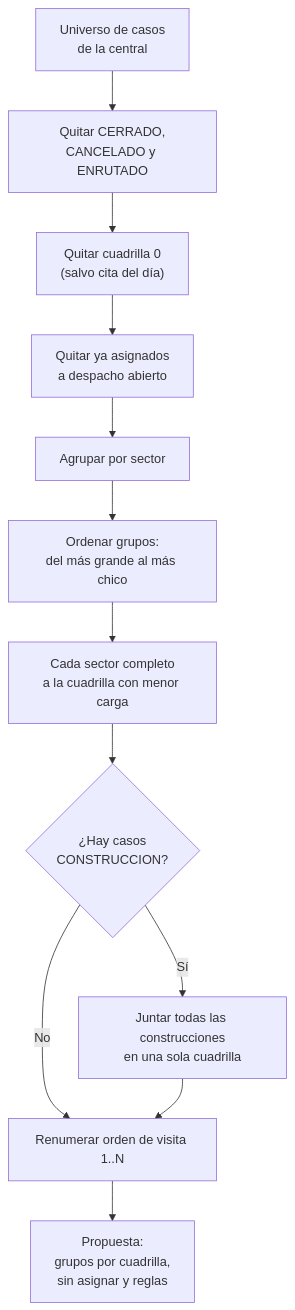
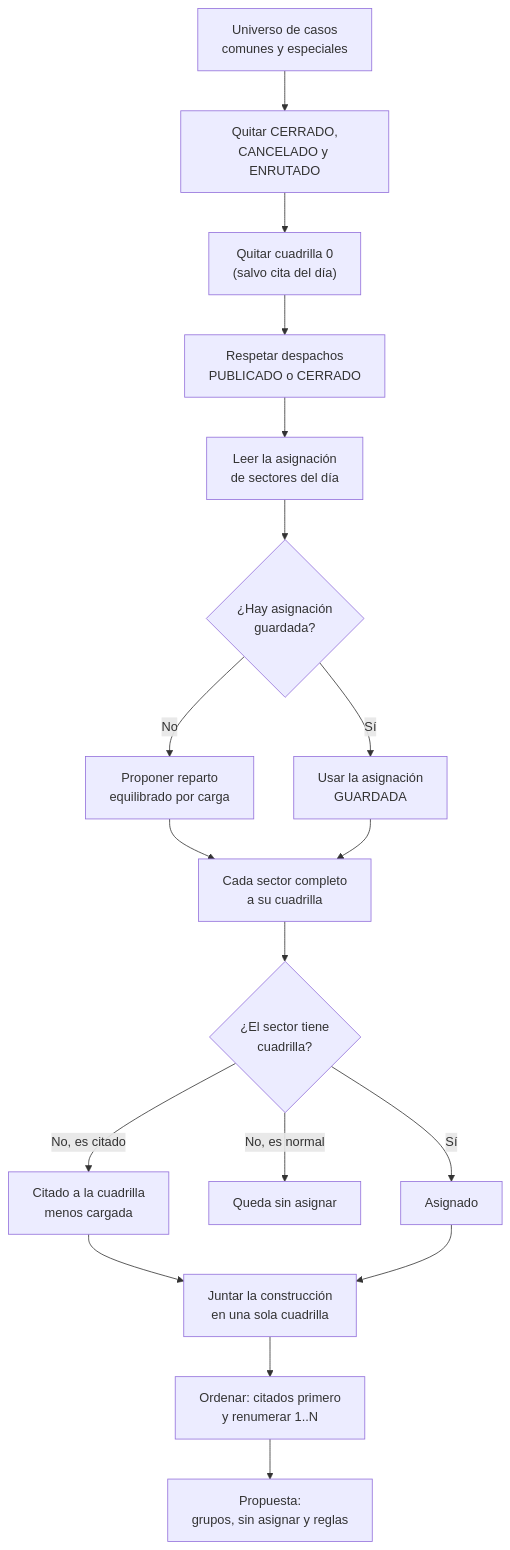
The second of 2 diagrams in docs/Manuales/03-Implementacion/05-despacho.md (anlucorporations/GGTO), drawn with Mermaid before and after one commit. The commit also changed other lines of this file and 204 other files, not shown here.

````diff
--- a/docs/Manuales/03-Implementacion/05-despacho.md
+++ b/docs/Manuales/03-Implementacion/05-despacho.md
@@ -204,14 +266,20 @@
 ```mermaid
 flowchart TD
-    A["Universo de casos<br/>de la central"] --> B["Quitar CERRADO,<br/>CANCELADO y ENRUTADO"]
+    A["Universo de casos<br/>comunes y especiales"] --> B["Quitar CERRADO,<br/>CANCELADO y ENRUTADO"]
     B --> C["Quitar cuadrilla 0<br/>(salvo cita del día)"]
-    C --> D["Quitar ya asignados<br/>a despacho abierto"]
-    D --> E["Agrupar por sector"]
-    E --> F["Ordenar grupos:<br/>del más grande al más chico"]
-    F --> G["Cada sector completo<br/>a la cuadrilla con menor carga"]
-    G --> H{"¿Hay casos<br/>CONSTRUCCION?"}
-    H -- "Sí" --> I["Juntar todas las construcciones<br/>en una sola cuadrilla"]
-    H -- "No" --> J["Renumerar orden de visita 1..N"]
-    I --> J
-    J --> K["Propuesta:<br/>grupos por cuadrilla,<br/>sin asignar y reglas"]
+    C --> D["Respetar despachos<br/>PUBLICADO o CERRADO"]
+    D --> E["Leer la asignación<br/>de sectores del día"]
+    E --> F{"¿Hay asignación<br/>guardada?"}
+    F -- "No" --> G["Proponer reparto<br/>equilibrado por carga"]
+    F -- "Sí" --> H["Usar la asignación<br/>GUARDADA"]
+    G --> I["Cada sector completo<br/>a su cuadrilla"]
+    H --> I
+    I --> J{"¿El sector tiene<br/>cuadrilla?"}
+    J -- "No, es citado" --> K["Citado a la cuadrilla<br/>menos cargada"]
+    J -- "No, es normal" --> L["Queda sin asignar"]
+    J -- "Sí" --> M["Asignado"]
+    K --> N["Juntar la construcción<br/>en una sola cuadrilla"]
+    M --> N
+    N --> O["Ordenar: citados primero<br/>y renumerar 1..N"]
+    O --> P["Propuesta:<br/>grupos, sin asignar y reglas"]
 ```
````
